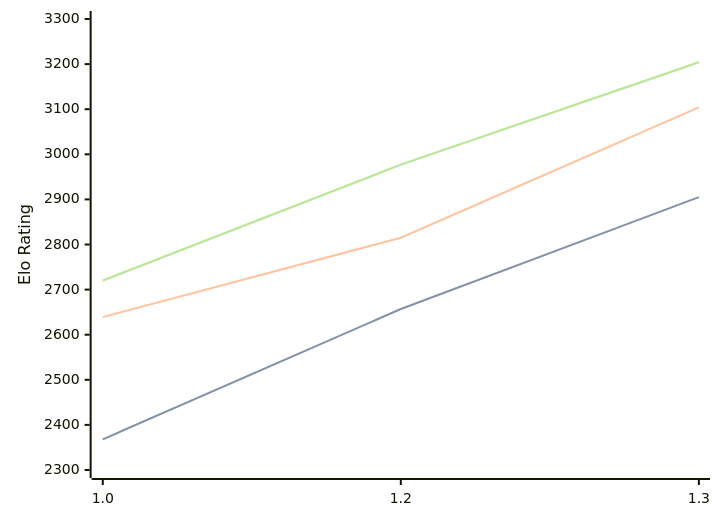
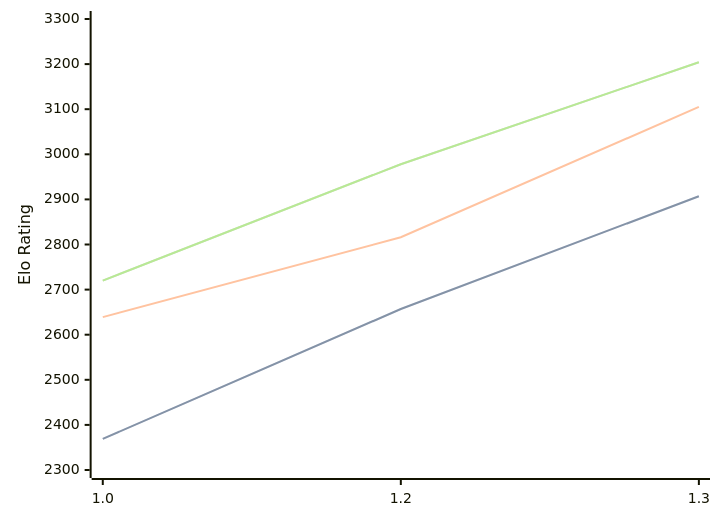
One commit to computer-chess-index/cci changed the diagram in engines/Chessnix.md. Above: the diagram before and after it, drawn with Mermaid. The commit also changed other lines of this file, not shown here.

Commit message:
Update CCI Ratings (ELO VLTC) - 2026-04-25

````diff
--- a/engines/Chessnix.md
+++ b/engines/Chessnix.md
@@ -35,11 +35,11 @@
 ```mermaid
 %%{init: {"theme":"base","themeVariables":{"seriesColors:['#a3a3a3','#222221','#faa371']}}}%%
 xychart-beta
   x-axis ["1.0", "1.2", "1.3"]
   y-axis "Elo Rating" 2300 --> 3300
-  line "STC (8.0+0.08s)" [2368, 2657, 2905]
-  line "STC (8.0+0.08s)" [2368, 2657, 2905]
-  line "LTC (60.0+0.60s)" [2639, 2815, 3104]
-  line "VLTC (2m24s+1.12s)" [2720, 2977, 3204]
-  line "VLTC (2m24s+1.12s)" [2720, 2977, 3204]
+  line "STC (8.0+0.08s)" [2369, 2657, 2907]
+  line "STC (8.0+0.08s)" [2369, 2657, 2907]
+  line "LTC (60.0+0.60s)" [2639, 2816, 3105]
+  line "VLTC (2m24s+1.12s)" [2720, 2978, 3204]
+  line "VLTC (2m24s+1.12s)" [2720, 2978, 3204]
 ```
````
